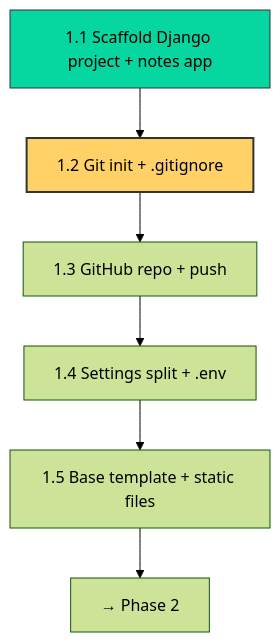
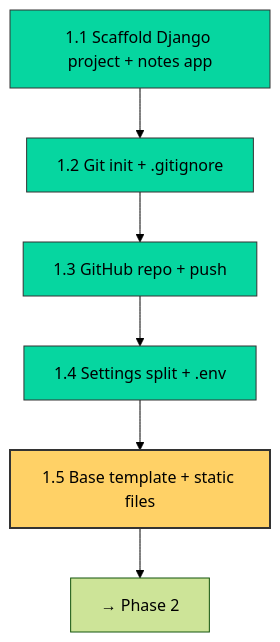
The second of 2 diagrams in PROGRESS_TRACKER.md (Kunalsingh29/dailydiary), drawn with Mermaid (forest theme) before and after one commit. The commit also changed other lines of this file and 3 other files, not shown here.

First line of the commit message:
feat(1.4): load settings from env; register notes app

````diff
--- a/PROGRESS_TRACKER.md
+++ b/PROGRESS_TRACKER.md
@@ -31,10 +33,10 @@
 ```mermaid
 flowchart TD
-    S11[1.1 Scaffold Django project + notes app]:::done --> S12[1.2 Git init + .gitignore]:::current
-    S12 --> S13[1.3 GitHub repo + push]
-    S13 --> S14[1.4 Settings split + .env]
-    S14 --> S15[1.5 Base template + static files]
+    S11[1.1 Scaffold Django project + notes app]:::done --> S12[1.2 Git init + .gitignore]:::done
+    S12 --> S13[1.3 GitHub repo + push]:::done
+    S13 --> S14[1.4 Settings split + .env]:::done
+    S14 --> S15[1.5 Base template + static files]:::current
     S15 --> DONE[→ Phase 2]
     classDef current fill:#ffd166,stroke:#333,stroke-width:2px,color:#000
     classDef done fill:#06d6a0,stroke:#333,color:#000
 ```
````
